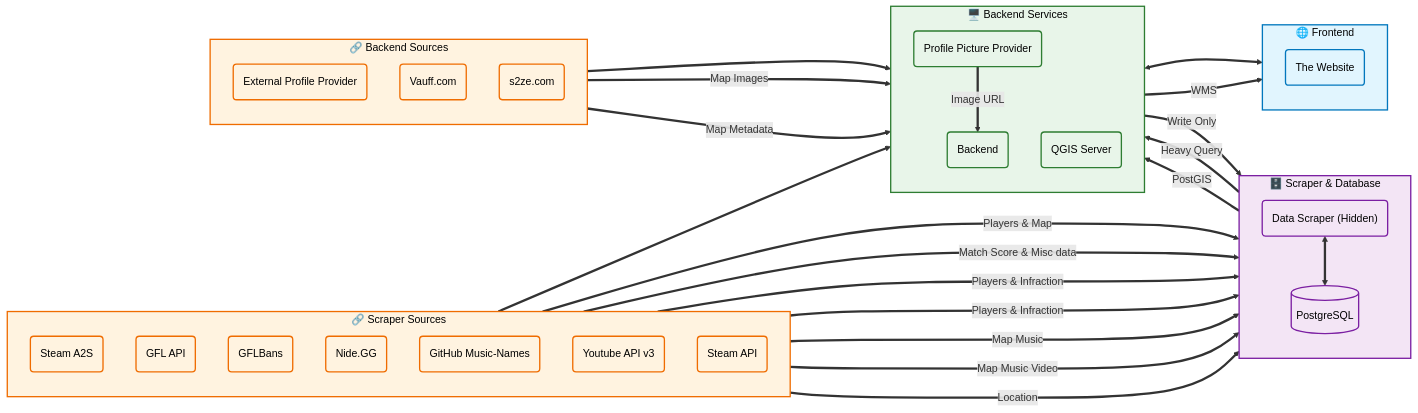
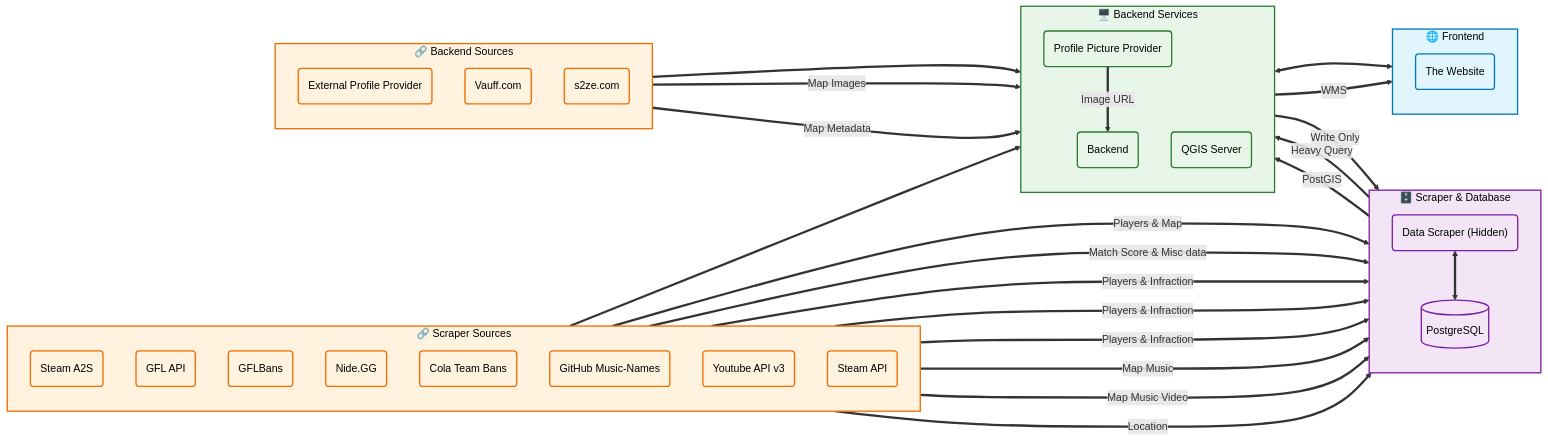
The diagram in README.md (InterStella0/zegraph-web), drawn with Mermaid before and after one commit. The commit also changed 5 other files, not shown here.

First line of the commit message:
Add Cola team support for infraction tracking (#130)

```diff
--- a/README.md
+++ b/README.md
@@ -29,6 +29,7 @@
     GFLAPI("GFL API")
     GFLBans("GFLBans")
     Nide("Nide.GG")
+    Cola("Cola Team Bans")
     MusicNames("GitHub Music-Names")
     YouTube("Youtube API v3")
     SteamAPI("Steam API")
@@ -68,6 +69,7 @@
   GFLAPI         ==>|Match Score & Misc data| DataScraper
   GFLBans        ==>|Players & Infraction| DataScraper
   Nide           ==>|Players & Infraction| DataScraper
+  Cola           ==>|Players & Infraction| DataScraper
   MusicNames     ==>|Map Music| DataScraper
   YouTube        ==>|Map Music Video| DataScraper
   SteamAPI       ==>|Location| DataScraper
@@ -96,7 +98,7 @@
   class Website fe
   class Backend,QGIS,ProfileProvider be
   class DataScraper,Database db
-  class ExternalProfileProvider,MusicNames,YouTube,SteamAPI,SteamA2s,GFLBans,Vauff,S2ZE,GFLAPI,Nide ex
+  class ExternalProfileProvider,MusicNames,YouTube,SteamAPI,SteamA2s,GFLBans,Vauff,S2ZE,GFLAPI,Nide,Cola ex
 
   %% Subgraph styles
   style FE fill:#e1f5fe,stroke:#0277bd,stroke-width:2px,color:#000000
```
